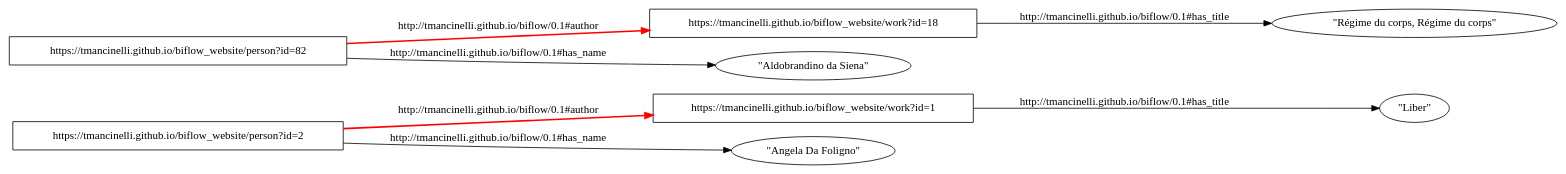
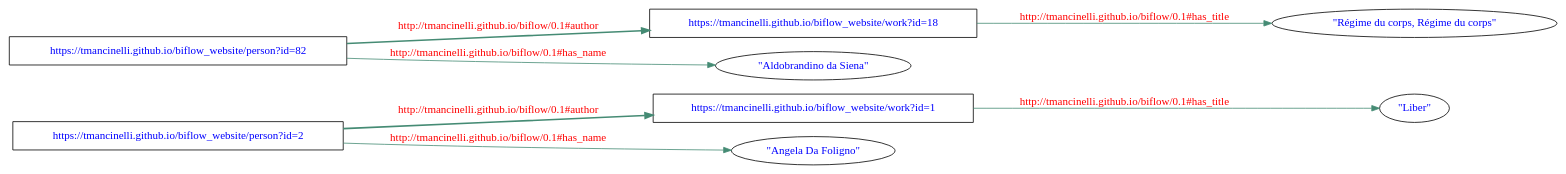
One commit to bakulf/semantic_web_preso changed the diagram in dots/resources3.dot. Above: the diagram before and after it, drawn with Graphviz. The commit also changed 11 other files, not shown here.

```diff
--- a/dots/resources3.dot
+++ b/dots/resources3.dot
@@ -1,18 +1,20 @@
 digraph G {
     rankdir=LR;
+    node [fontcolor=blue]
+    edge [color=aquamarine4, fontcolor=red ]
     A [ label = "https://tmancinelli.github.io/biflow_website/person?id=2", shape=box ]
     O [ label = "https://tmancinelli.github.io/biflow_website/work?id=1", shape=box ]
-    A -> O [ label = "http://tmancinelli.github.io/biflow/0.1#author" style=bold, color=red]
+    A -> O [ label = "http://tmancinelli.github.io/biflow/0.1#author" style=bold]
     A -> N [ label = "http://tmancinelli.github.io/biflow/0.1#has_name"]
     O -> T [ label = "http://tmancinelli.github.io/biflow/0.1#has_title" ]
     T [ label = "\"Liber\"" ]
     N [ label = "\"Angela Da Foligno\"" ]
 
     A2 [ label = "https://tmancinelli.github.io/biflow_website/person?id=82", shape=box ]
     O2 [ label = "https://tmancinelli.github.io/biflow_website/work?id=18", shape=box ]
-    A2 -> O2 [ label = "http://tmancinelli.github.io/biflow/0.1#author" style=bold, color=red]
+    A2 -> O2 [ label = "http://tmancinelli.github.io/biflow/0.1#author" style=bold]
     A2 -> N2 [ label = "http://tmancinelli.github.io/biflow/0.1#has_name"]
     O2 -> T2 [ label = "http://tmancinelli.github.io/biflow/0.1#has_title" ]
     T2 [ label = "\"Régime du corps, Régime du corps\"" ]
     N2 [ label = "\"Aldobrandino da Siena\"" ]
 }
```
